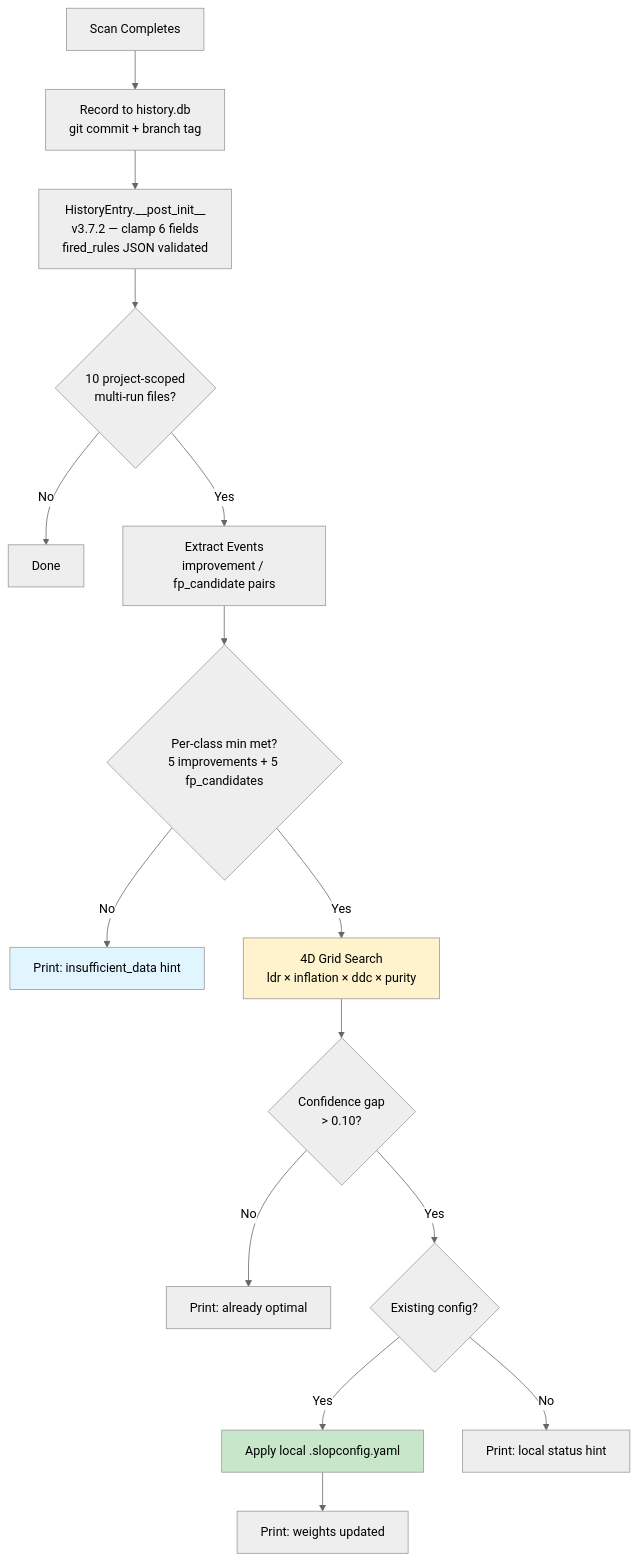
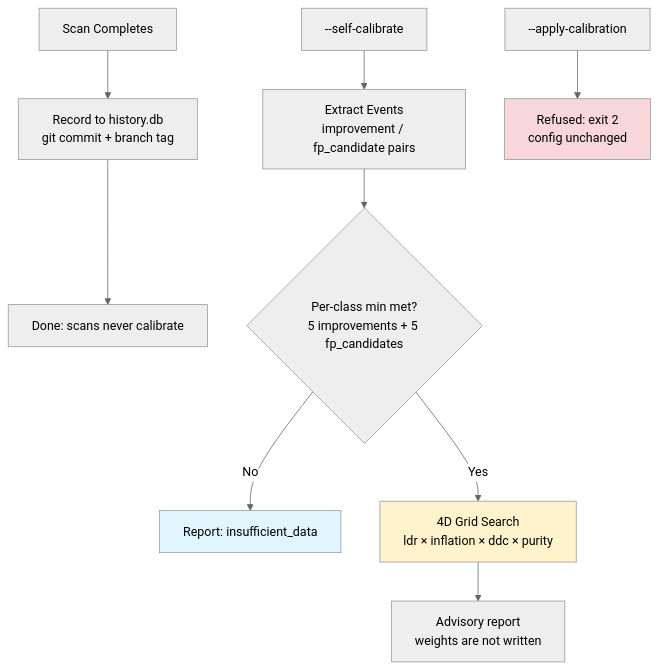
One commit to flamehaven01/AI-SLOP-Detector changed the ninth of 14 diagrams in docs/HOW_IT_WORKS.md. Above: the diagram before and after it, drawn with Mermaid (neutral theme). The commit also changed other lines of this file and 9 other files, not shown here.

First line of the commit message:
docs(calibration): self-calibration is an advisory report; no auto-tuning claims

````diff
--- a/docs/HOW_IT_WORKS.md
+++ b/docs/HOW_IT_WORKS.md
@@ -405,21 +402,15 @@
 ```mermaid
 flowchart TD
     A[Scan Completes] --> B[Record to history.db<br/>git commit + branch tag]
-    B --> GUARD[HistoryEntry.__post_init__<br/>v3.7.2 — clamp 6 fields<br/>fired_rules JSON validated]
-    GUARD --> C{10 project-scoped<br/>multi-run files?}
-    C -->|No| END[Done]
-    C -->|Yes| D[Extract Events<br/>improvement / fp_candidate pairs]
+    B --> END[Done: scans never calibrate]
+    S[--self-calibrate] --> D[Extract Events<br/>improvement / fp_candidate pairs]
     D --> E{Per-class min met?<br/>5 improvements + 5 fp_candidates}
-    E -->|No| F[Print: insufficient_data hint]
+    E -->|No| F[Report: insufficient_data]
     E -->|Yes| G[4D Grid Search<br/>ldr × inflation × ddc × purity]
-    G --> H{Confidence gap<br/>> 0.10?}
-    H -->|No| I[Print: already optimal]
-    H -->|Yes| J{Existing config?}
-    J -->|Yes| K[Apply local .slopconfig.yaml]
-    J -->|No| L[Print: local status hint]
-    K --> M[Print: weights updated]
+    G --> R[Advisory report<br/>weights are not written]
+    X[--apply-calibration] --> N[Refused: exit 2<br/>config unchanged]
 
-    style K fill:#c8e6c9
     style G fill:#fff3cd
     style F fill:#e1f5ff
+    style N fill:#f8d7da
 ```
````
